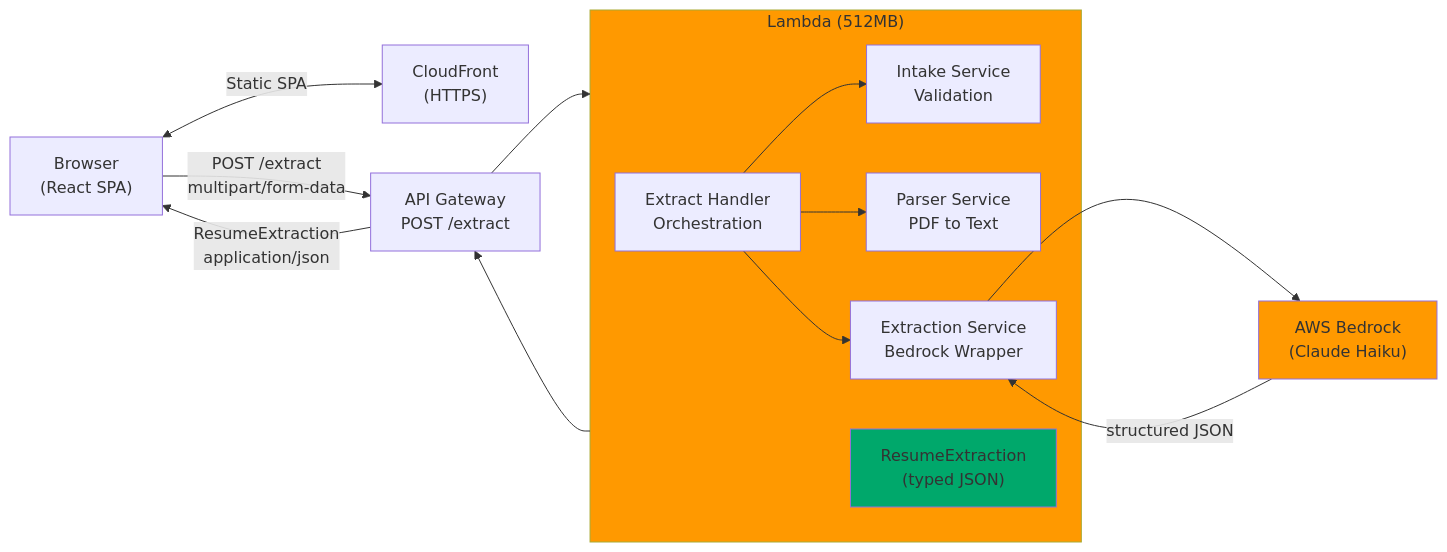
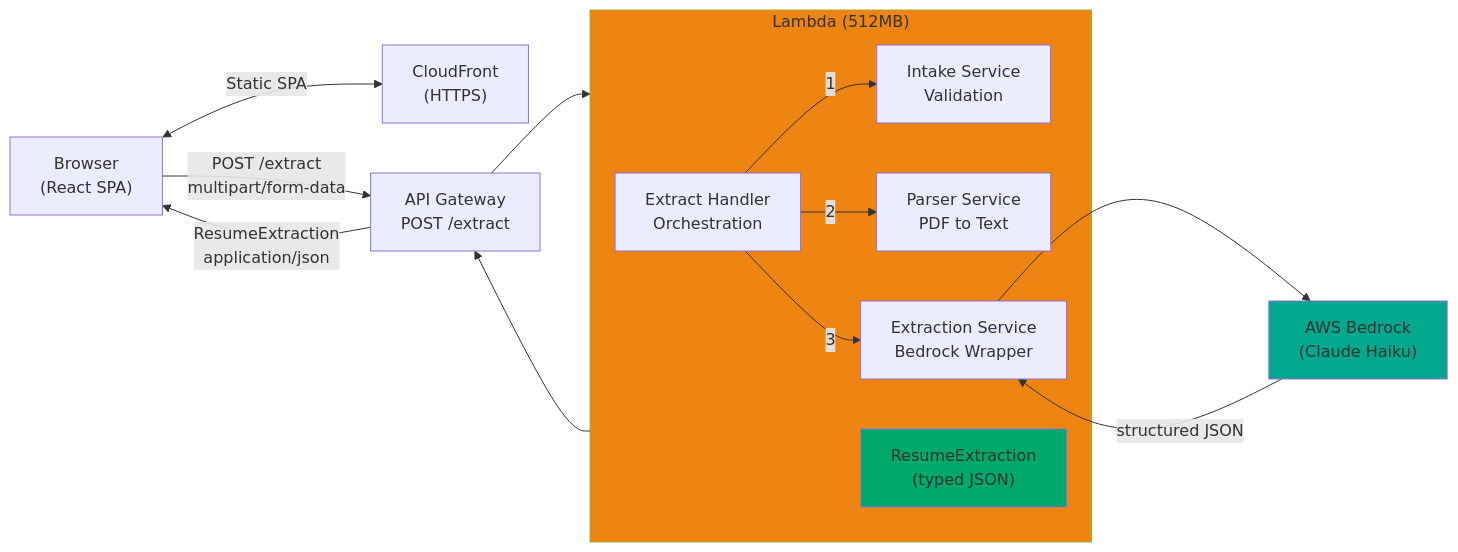
Before and after one commit to mwarman/resume-lens: the diagram in README.md, drawn with Mermaid.

Commit message:
docs: update architecture diagram in README.md to annotate Handler connections with step numbers for clarity

````diff
--- a/README.md
+++ b/README.md
@@ -28,30 +28,30 @@
 ```mermaid
 graph LR
     Browser["Browser<br/>(React SPA)"]
     CF["CloudFront<br/>(HTTPS)"]
     APIGW["API Gateway<br/>POST /extract"]
     Bedrock["AWS Bedrock<br/>(Claude Haiku)"]
 
     subgraph Lambda["Lambda (512MB)"]
         Handler["Extract Handler<br/>Orchestration"]
         Intake["Intake Service<br/>Validation"]
         Parser["Parser Service<br/>PDF to Text"]
         Extraction["Extraction Service<br/>Bedrock Wrapper"]
         Result["ResumeExtraction<br/>(typed JSON)"]
     end
 
     Browser <-->|Static SPA| CF
     Browser -->|POST /extract<br/>multipart/form-data| APIGW
     APIGW --> Lambda
-    Handler --> Intake
-    Handler --> Parser
-    Handler --> Extraction
+    Handler -->|1| Intake
+    Handler -->|2| Parser
+    Handler -->|3| Extraction
     Extraction --> Bedrock
     Bedrock -->|structured JSON| Extraction
     Lambda --> APIGW
     APIGW -->|ResumeExtraction<br/>application/json| Browser
 
-    style Bedrock fill:#ff9900
-    style Lambda fill:#ff9900
+    style Bedrock fill:#01a88d
+    style Lambda fill:#ee8411
     style Result fill:#00a86b
 ```
````
